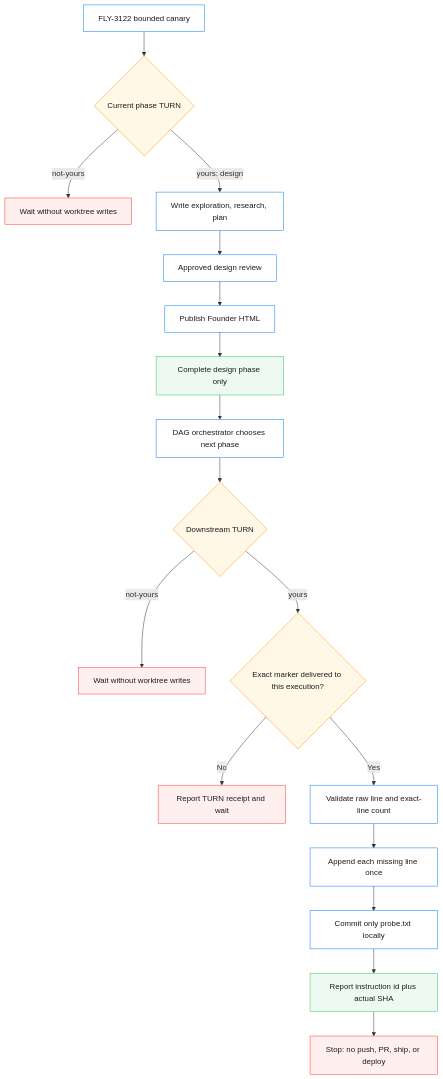
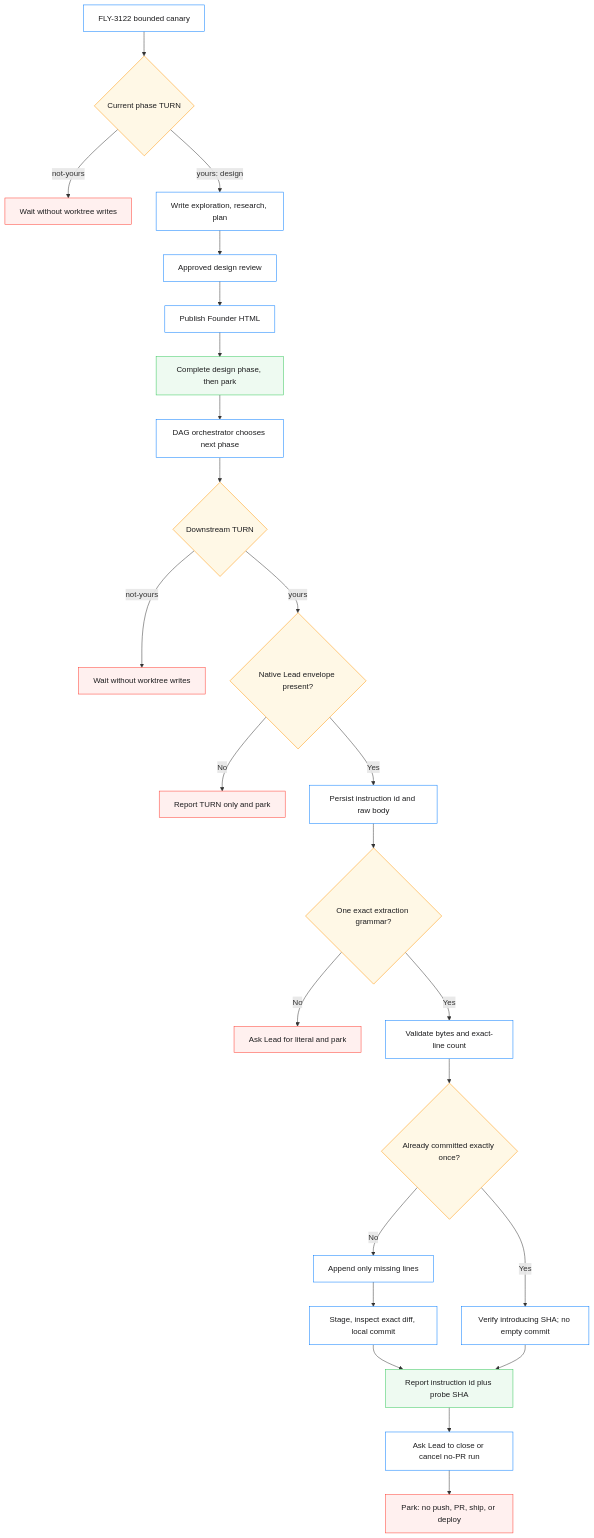
Before and after one commit to xrliAnnie/flywheel-qa-sandbox: the diagram in engineering/doc/FLY-3122-claude-turn-canary/core-flow.mmd, drawn with Mermaid. The commit also changed 5 other files, not shown here.

```diff
--- a/engineering/doc/FLY-3122-claude-turn-canary/core-flow.mmd
+++ b/engineering/doc/FLY-3122-claude-turn-canary/core-flow.mmd
@@ -1,26 +1,33 @@
 flowchart TD
     I["FLY-3122 bounded canary"] --> T{"Current phase TURN"}
     T -->|"not-yours"| W["Wait without worktree writes"]
     T -->|"yours: design"| D["Write exploration, research, plan"]
     D --> R["Approved design review"]
     R --> H["Publish Founder HTML"]
-    H --> C["Complete design phase only"]
+    H --> C["Complete design phase, then park"]
     C --> O["DAG orchestrator chooses next phase"]
     O --> T2{"Downstream TURN"}
     T2 -->|"not-yours"| W2["Wait without worktree writes"]
-    T2 -->|"yours"| M{"Exact marker delivered to this execution?"}
-    M -->|"No"| N["Report TURN receipt and wait"]
-    M -->|"Yes"| V["Validate raw line and exact-line count"]
-    V --> A["Append each missing line once"]
-    A --> G["Commit only probe.txt locally"]
-    G --> Q["Report instruction id plus actual SHA"]
-    Q --> B["Stop: no push, PR, ship, or deploy"]
+    T2 -->|"yours"| M{"Native Lead envelope present?"}
+    M -->|"No"| N["Report TURN only and park"]
+    M -->|"Yes"| P["Persist instruction id and raw body"]
+    P --> X{"One exact extraction grammar?"}
+    X -->|"No"| U["Ask Lead for literal and park"]
+    X -->|"Yes"| V["Validate bytes and exact-line count"]
+    V --> E{"Already committed exactly once?"}
+    E -->|"Yes"| S["Verify introducing SHA; no empty commit"]
+    E -->|"No"| A["Append only missing lines"]
+    A --> G["Stage, inspect exact diff, local commit"]
+    G --> Q["Report instruction id plus probe SHA"]
+    S --> Q
+    Q --> L["Ask Lead to close or cancel no-PR run"]
+    L --> B["Park: no push, PR, ship, or deploy"]
 
     classDef authority fill:#fff8e6,stroke:#ff9500,color:#1d1d1f;
     classDef action fill:#ffffff,stroke:#007aff,color:#1d1d1f;
     classDef success fill:#eefaf1,stroke:#34c759,color:#1d1d1f;
     classDef stop fill:#fff0ef,stroke:#ff3b30,color:#1d1d1f;
-    class T,T2,M authority;
-    class I,D,R,H,O,V,A,G action;
+    class T,T2,M,X,E authority;
+    class I,D,R,H,O,P,V,A,G,S,L action;
     class C,Q success;
-    class W,W2,N,B stop;
+    class W,W2,N,U,B stop;
```
